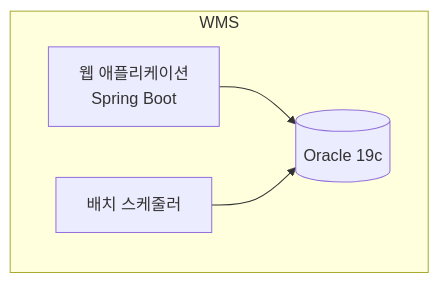
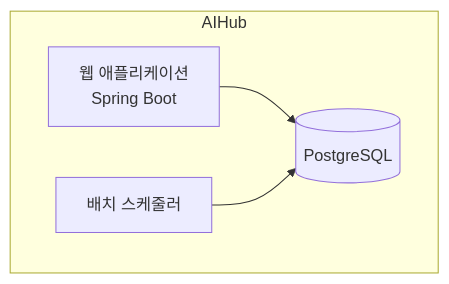
One commit to choijoobok/ai-agent changed the diagram in aidd-guide/phase/P2-architecture.md. Above: the diagram before and after it, drawn with Mermaid. The commit also changed other lines of this file and 130 other files, not shown here.

````diff
--- a/aidd-guide/phase/P2-architecture.md
+++ b/aidd-guide/phase/P2-architecture.md
@@ -143,10 +142,10 @@
 ```mermaid
 graph TB
-  subgraph WMS
+  subgraph AIHub
     WEB[웹 애플리케이션<br/>Spring Boot]
-    DB[(Oracle 19c)]
+    DB[(PostgreSQL)]
     BATCH[배치 스케줄러]
   end
   WEB --> DB
   BATCH --> DB
 ```
````
